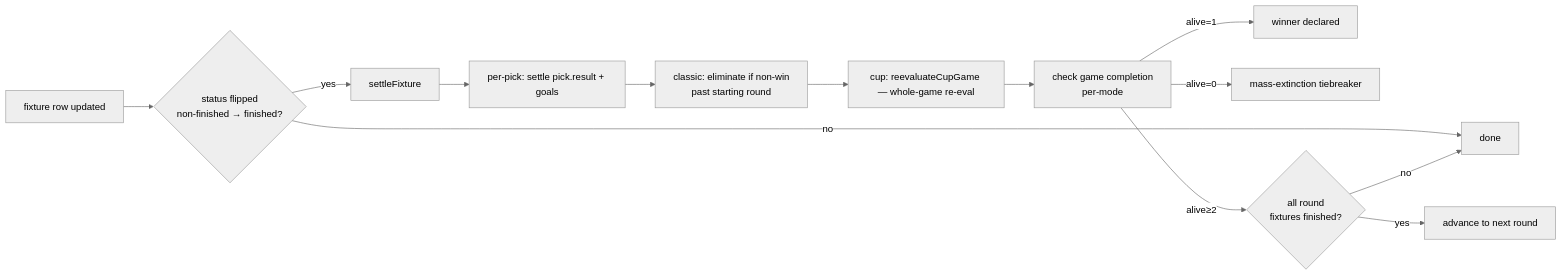
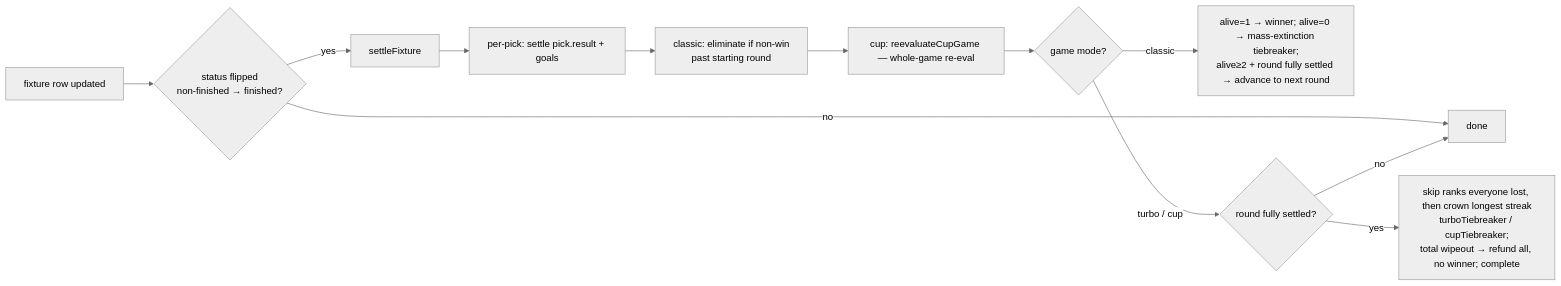
Before and after one commit to lennons301/last-person-standing: the first of 4 diagrams in docs/game-modes/README.md, drawn with Mermaid (neutral theme). The commit also changed other lines of this file and 12 other files, not shown here.

First line of the commit message:
fix(cup,turbo): single-round completion + wipeout rule; game-mode docs rework (#80)

````diff
--- a/docs/game-modes/README.md
+++ b/docs/game-modes/README.md
@@ -21,15 +27,14 @@
 ```mermaid
 flowchart LR
     A[fixture row updated] --> B{status flipped<br/>non-finished → finished?}
     B -->|no| Z[done]
     B -->|yes| C[settleFixture]
     C --> D[per-pick: settle pick.result + goals]
     D --> E[classic: eliminate if non-win<br/>past starting round]
     E --> F[cup: reevaluateCupGame — whole-game re-eval]
-    F --> G[check game completion<br/>per-mode]
-    G -->|alive=1| H[winner declared]
-    G -->|alive=0| I[mass-extinction tiebreaker]
-    G -->|alive≥2| J{all round<br/>fixtures finished?}
-    J -->|yes| K[advance to next round]
+    F --> G{game mode?}
+    G -->|classic| Gc[alive=1 → winner; alive=0 → mass-extinction tiebreaker;<br/>alive≥2 + round fully settled → advance to next round]
+    G -->|turbo / cup| J{round fully settled?}
+    J -->|yes| K[skip ranks everyone lost, then crown longest streak<br/>turboTiebreaker / cupTiebreaker;<br/>total wipeout → refund all, no winner; complete]
     J -->|no| Z
 ```
````
